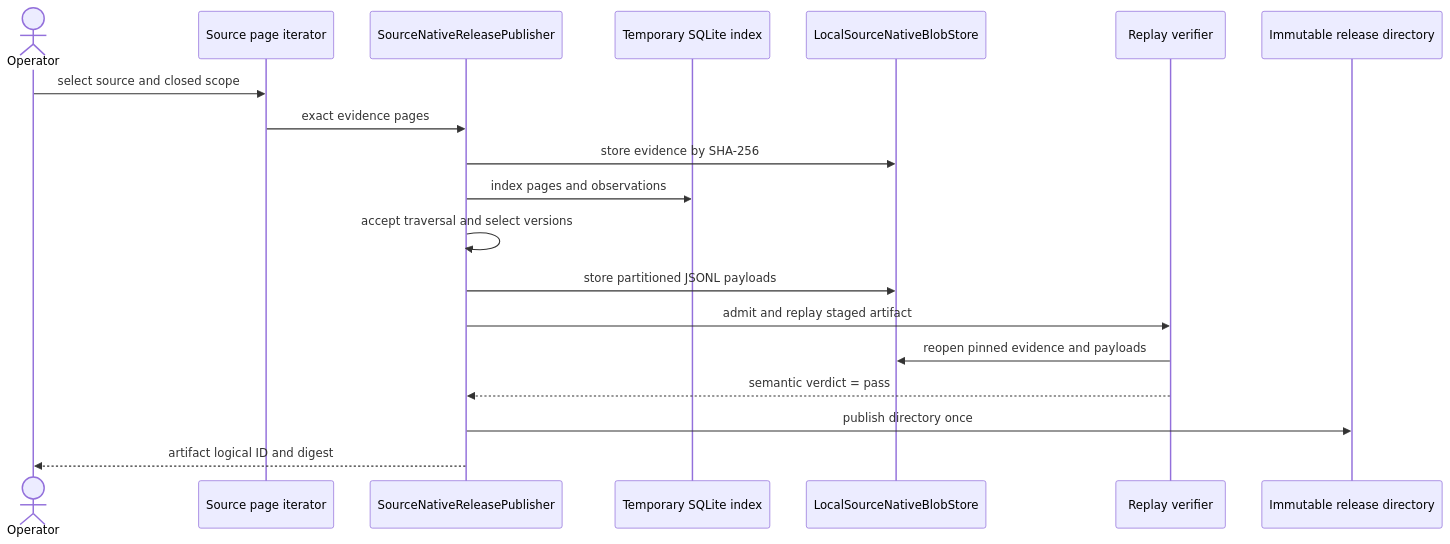
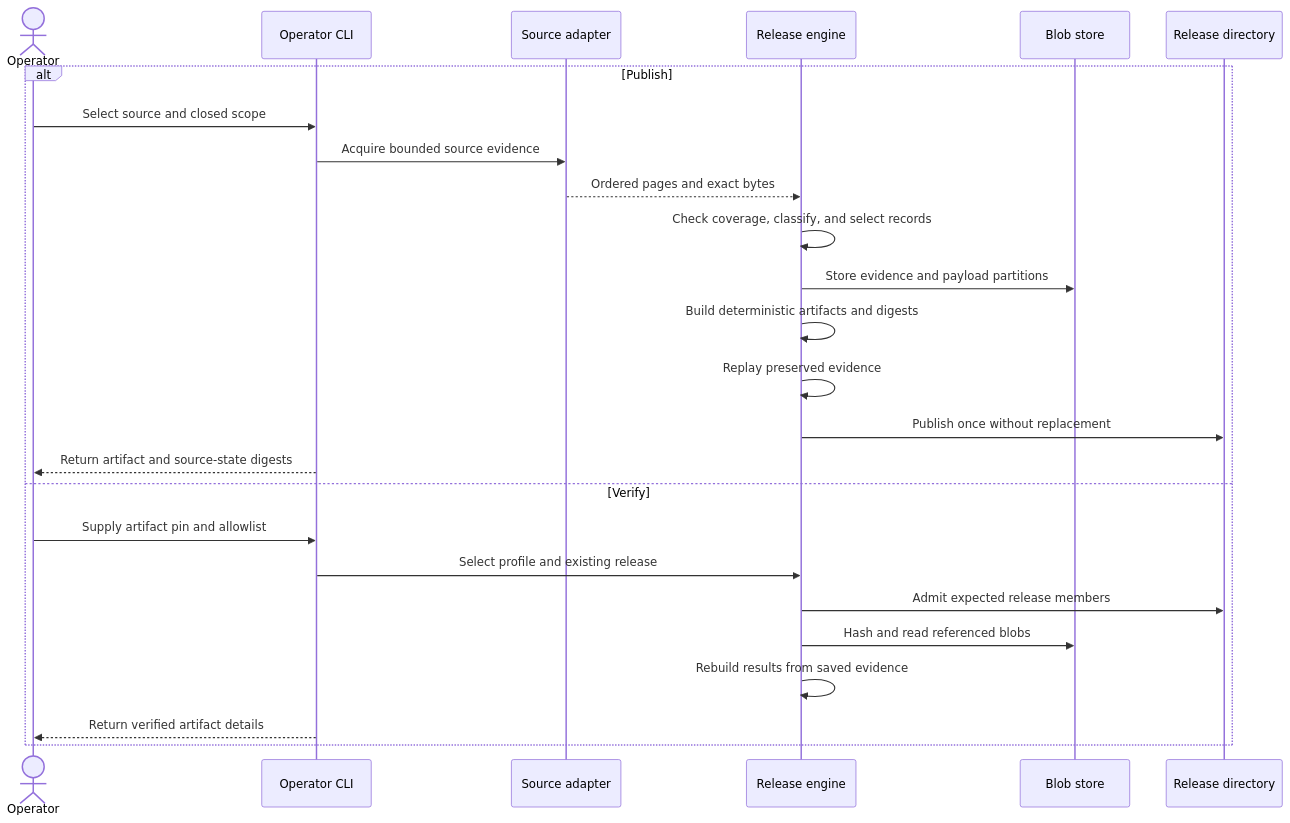
The second of 2 diagrams in wiki/overview.md (civictechdc/spicy-docs), drawn with Mermaid before and after one commit. The commit also changed other lines of this file and 25 other files, not shown here.

````diff
--- a/wiki/overview.md
+++ b/wiki/overview.md
@@ -97,22 +65,28 @@
 ```mermaid
 sequenceDiagram
     actor Operator
-    participant Pages as Source page iterator
-    participant Publisher as SourceNativeReleasePublisher
-    participant Index as Temporary SQLite index
-    participant Blobs as LocalSourceNativeBlobStore
-    participant Verify as Replay verifier
-    participant Release as Immutable release directory
+    participant CLI as Operator CLI
+    participant Adapter as Source adapter
+    participant Engine as Release engine
+    participant Store as Blob store
+    participant Release as Release directory
 
-    Operator->>Pages: select source and closed scope
-    Pages->>Publisher: exact evidence pages
-    Publisher->>Blobs: store evidence by SHA-256
-    Publisher->>Index: index pages and observations
-    Publisher->>Publisher: accept traversal and select versions
-    Publisher->>Blobs: store partitioned JSONL payloads
-    Publisher->>Verify: admit and replay staged artifact
-    Verify->>Blobs: reopen pinned evidence and payloads
-    Verify-->>Publisher: semantic verdict = pass
-    Publisher->>Release: publish directory once
-    Publisher-->>Operator: artifact logical ID and digest
+    alt Publish
+        Operator->>CLI: Select source and closed scope
+        CLI->>Adapter: Acquire bounded source evidence
+        Adapter-->>Engine: Ordered pages and exact bytes
+        Engine->>Engine: Check coverage, classify, and select records
+        Engine->>Store: Store evidence and payload partitions
+        Engine->>Engine: Build deterministic artifacts and digests
+        Engine->>Engine: Replay preserved evidence
+        Engine->>Release: Publish once without replacement
+        CLI-->>Operator: Return artifact and source-state digests
+    else Verify
+        Operator->>CLI: Supply artifact pin and allowlist
+        CLI->>Engine: Select profile and existing release
+        Engine->>Release: Admit expected release members
+        Engine->>Store: Hash and read referenced blobs
+        Engine->>Engine: Rebuild results from saved evidence
+        CLI-->>Operator: Return verified artifact details
+    end
 ```
````
